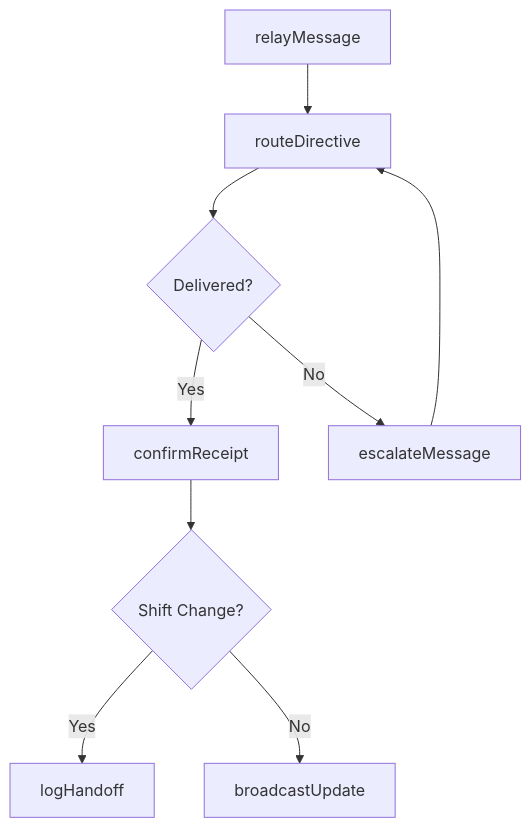
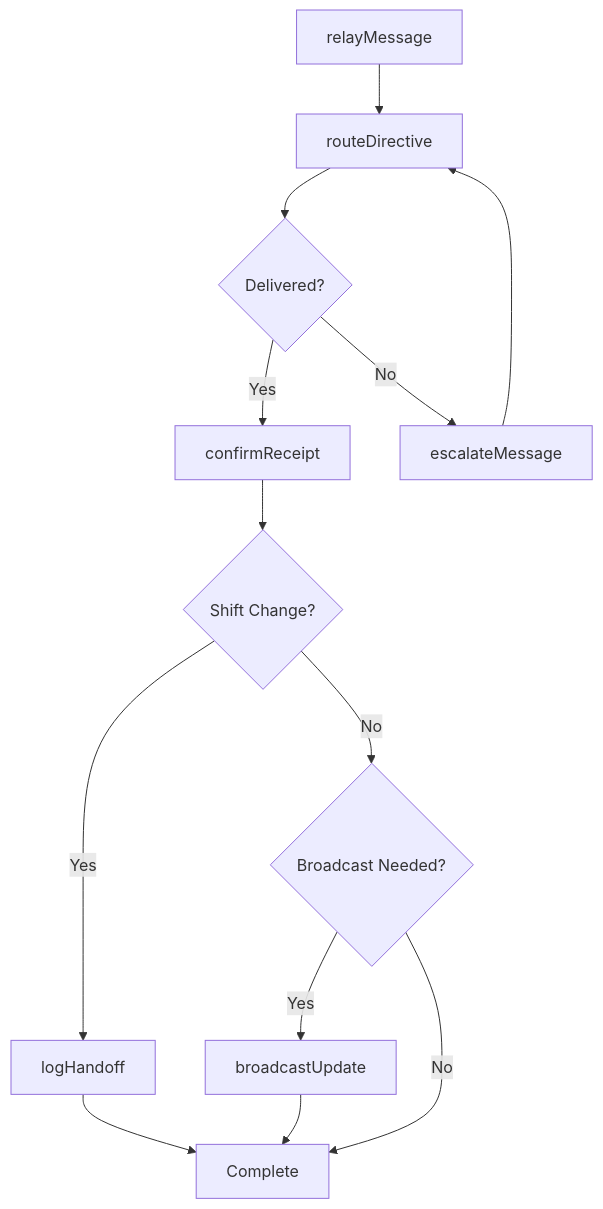
The third of 4 diagrams in CommunicatingWithSupervisorsPeersOrSubordinates/CommunicateWithOthersAboutOperationalPlansOrActivities/RelayInformationBetweenPersonnel.mdx (dot-org-ai/tasks.org.ai), drawn with Mermaid before and after one commit. The commit also changed other lines of this file and 504 other files, not shown here.

First line of the commit message:
feat: Add ER diagrams, state diagrams, and workflow improvements to 96 DWA task files

````diff
--- a/CommunicatingWithSupervisorsPeersOrSubordinates/CommunicateWithOthersAboutOperationalPlansOrActivities/RelayInformationBetweenPersonnel.mdx
+++ b/CommunicatingWithSupervisorsPeersOrSubordinates/CommunicateWithOthersAboutOperationalPlansOrActivities/RelayInformationBetweenPersonnel.mdx
@@ -83,11 +112,15 @@
 ```mermaid
 graph TD
     A[relayMessage] --> B[routeDirective]
     B --> C{Delivered?}
     C -->|Yes| D[confirmReceipt]
     C -->|No| E[escalateMessage]
     E --> B
     D --> F{Shift Change?}
     F -->|Yes| G[logHandoff]
-    F -->|No| H[broadcastUpdate]
+    F -->|No| H{Broadcast Needed?}
+    H -->|Yes| I[broadcastUpdate]
+    H -->|No| J[Complete]
+    G --> J
+    I --> J
 ```
````
